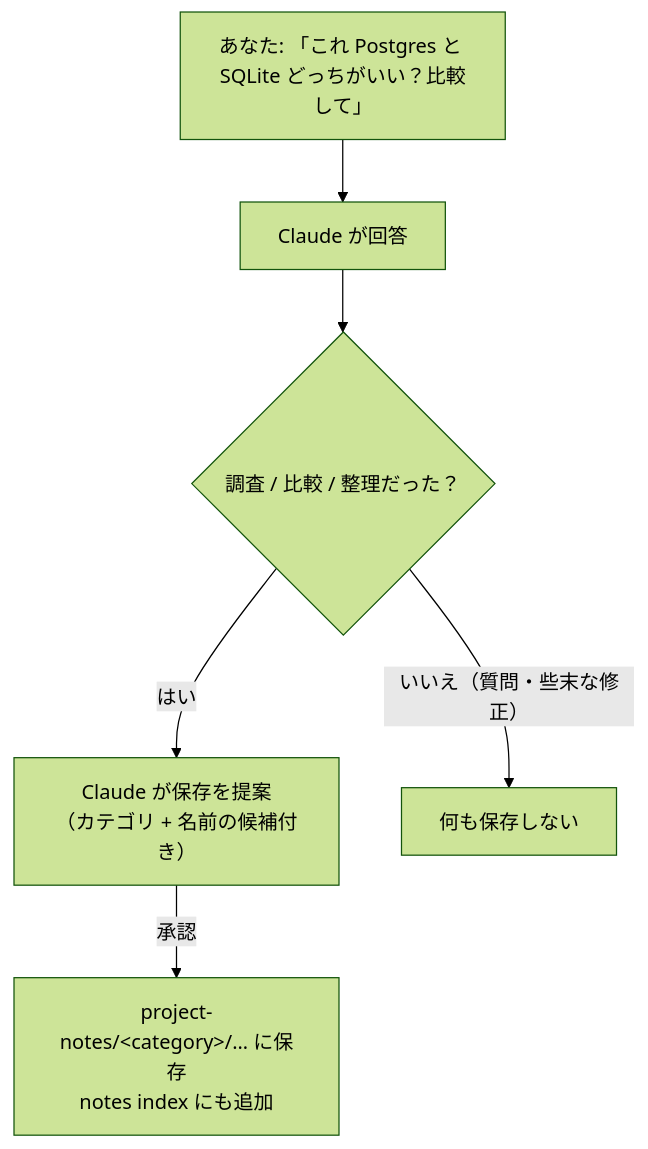
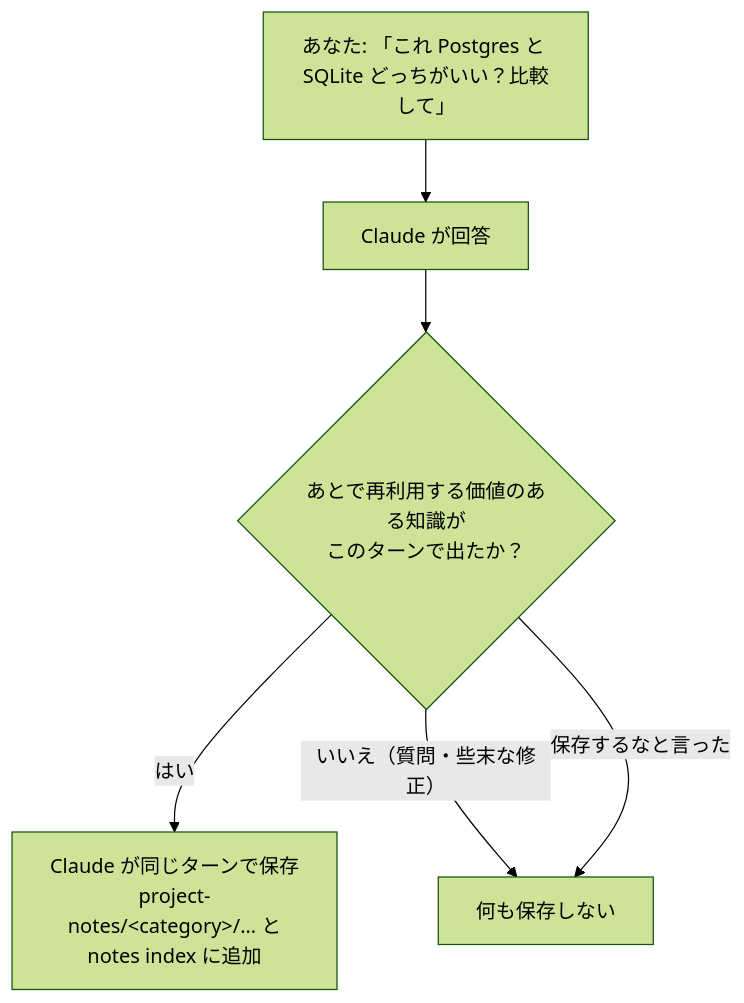
One commit to gigamori/ai-agent-toolkit changed the fifth of 7 diagrams in plugins/taskflow/USER_GUIDE_ja.md. Above: the diagram before and after it, drawn with Mermaid (forest theme). The commit also changed other lines of this file and 25 other files, not shown here.

````diff
--- a/plugins/taskflow/USER_GUIDE_ja.md
+++ b/plugins/taskflow/USER_GUIDE_ja.md
@@ -246,8 +246,8 @@
 ```mermaid
 flowchart TD
     Q["あなた: 「これ Postgres と SQLite どっちがいい？比較して」"] --> R["Claude が回答"]
-    R --> S{"調査 / 比較 / 整理だった？"}
-    S -- はい --> T["Claude が保存を提案<br/>（カテゴリ + 名前の候補付き）"]
-    T -- 承認 --> U["project-notes/&lt;category&gt;/… に保存<br/>notes index にも追加"]
+    R --> S{"あとで再利用する価値のある知識が<br/>このターンで出たか？"}
+    S -- はい --> T["Claude が同じターンで保存<br/>project-notes/&lt;category&gt;/… と<br/>notes index に追加"]
     S -- "いいえ（質問・些末な修正）" --> V["何も保存しない"]
+    S -- "保存するなと言った" --> V
 ```
````
